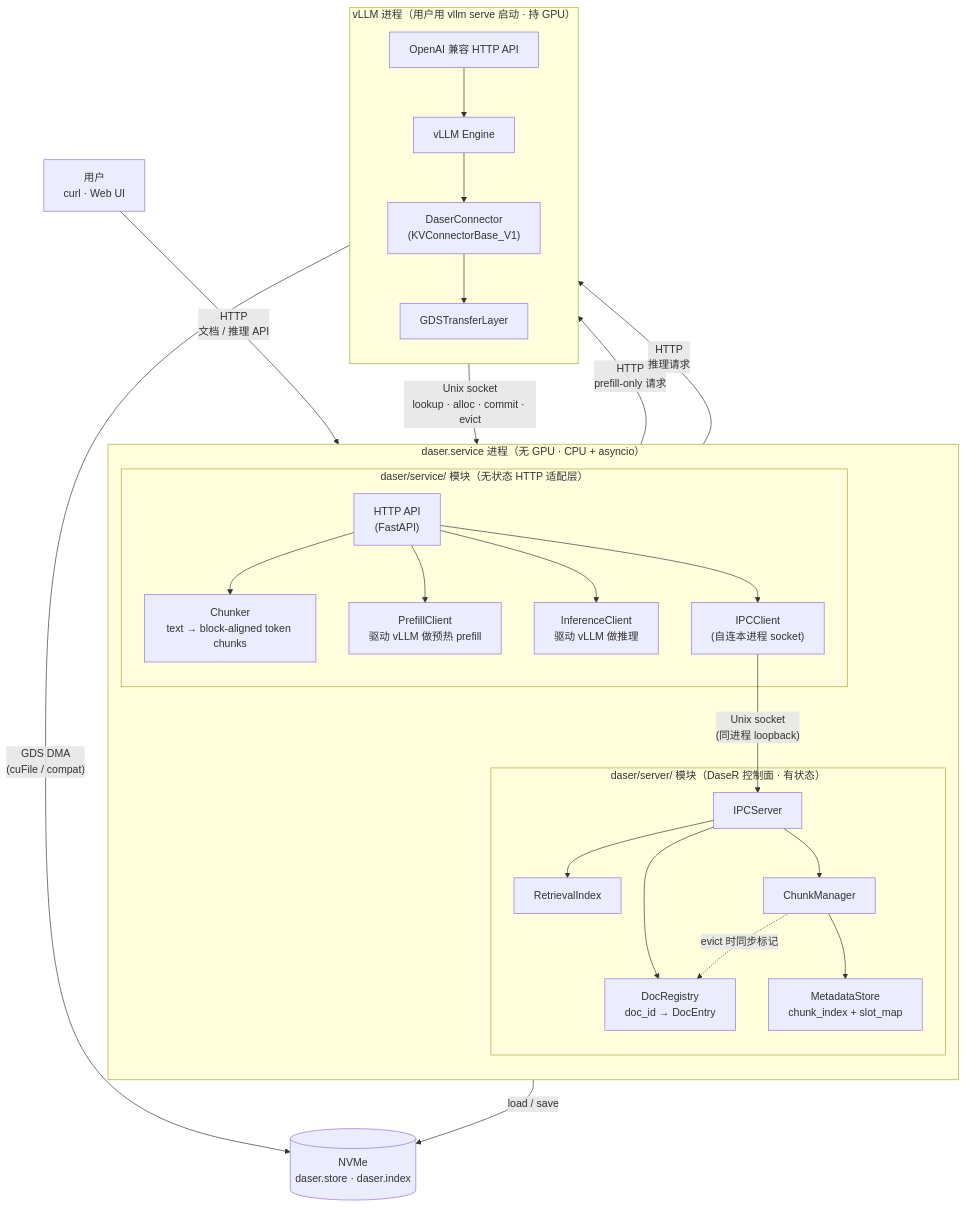
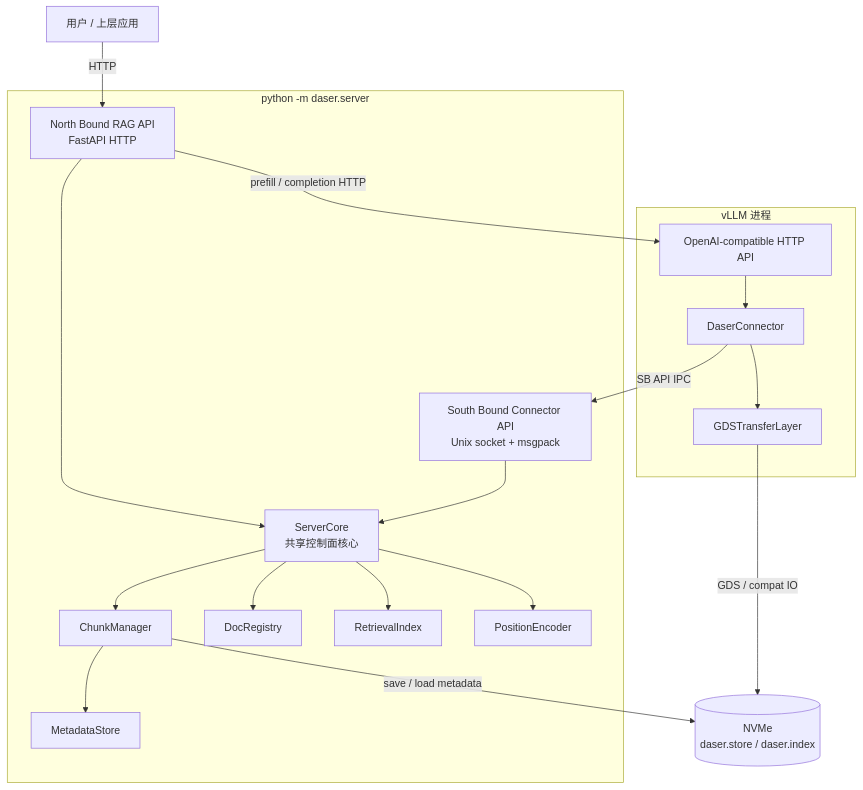
The first of 3 diagrams in docs/design/serve.md (GentleCold/DaseR), drawn with Mermaid before and after one commit. The commit also changed other lines of this file and 27 other files, not shown here.

First line of the commit message:
refactor(server): merge service into server APIs

````diff
--- a/docs/design/serve.md
+++ b/docs/design/serve.md
@@ -38,52 +29,39 @@
 ```mermaid
 graph TB
-    User["用户<br/>curl · Web UI"]
+    User["用户 / 上层应用"]
 
-    subgraph svc["daser.service 进程（无 GPU · CPU + asyncio）"]
-        direction TB
-        subgraph service_mod["daser/service/ 模块（无状态 HTTP 适配层）"]
-            HTTP["HTTP API<br/>(FastAPI)"]
-            CHK["Chunker<br/>text → block-aligned token chunks"]
-            PRE["PrefillClient<br/>驱动 vLLM 做预热 prefill"]
-            INF["InferenceClient<br/>驱动 vLLM 做推理"]
-            ICLI["IPCClient<br/>(自连本进程 socket)"]
-        end
-        subgraph server_mod["daser/server/ 模块（DaseR 控制面 · 有状态）"]
-            IPC["IPCServer"]
-            RI["RetrievalIndex"]
-            CM["ChunkManager"]
-            MS["MetadataStore<br/>chunk_index + slot_map"]
-            DR["DocRegistry<br/>doc_id → DocEntry"]
-        end
-        HTTP --> CHK
-        HTTP --> PRE
-        HTTP --> INF
-        HTTP --> ICLI
-        ICLI -- "Unix socket<br/>(同进程 loopback)" --> IPC
-        IPC --> RI
-        IPC --> CM
-        IPC --> DR
+    subgraph server["python -m daser.server"]
+        NB["North Bound RAG API<br/>FastAPI HTTP"]
+        CORE["ServerCore<br/>共享控制面核心"]
+        SB["South Bound Connector API<br/>Unix socket + msgpack"]
+        CM["ChunkManager"]
+        MS["MetadataStore"]
+        DR["DocRegistry"]
+        RI["RetrievalIndex"]
+        PE["PositionEncoder"]
+
+        NB --> CORE
+        SB --> CORE
+        CORE --> CM
+        CORE --> DR
+        CORE --> RI
+        CORE --> PE
         CM --> MS
-        CM -. "evict 时同步标记" .-> DR
     end
 
-    subgraph vllm["vLLM 进程（用户用 vllm serve 启动 · 持 GPU）"]
-        direction TB
-        VAPI["OpenAI 兼容 HTTP API"]
-        ENG["vLLM Engine"]
-        DC["DaserConnector<br/>(KVConnectorBase_V1)"]
+    subgraph vllm["vLLM 进程"]
+        VAPI["OpenAI-compatible HTTP API"]
+        DC["DaserConnector"]
         GDS["GDSTransferLayer"]
-        VAPI --> ENG
-        ENG --> DC
+        VAPI --> DC
         DC --> GDS
     end
 
-    NVMe[("NVMe<br/>daser.store · daser.index")]
+    NVMe[("NVMe<br/>daser.store / daser.index")]
 
-    User -- "HTTP<br/>文档 / 推理 API" --> HTTP
-    PRE -- "HTTP<br/>prefill-only 请求" --> VAPI
-    INF -- "HTTP<br/>推理请求" --> VAPI
-    DC -- "Unix socket<br/>lookup · alloc · commit · evict" --> IPC
-    GDS -- "GDS DMA<br/>(cuFile / compat)" --> NVMe
-    CM -- "load / save" --> NVMe
+    User -- "HTTP" --> NB
+    NB -- "prefill / completion HTTP" --> VAPI
+    DC -- "SB API IPC" --> SB
+    GDS -- "GDS / compat IO" --> NVMe
+    CM -- "save / load metadata" --> NVMe
 ```
````
